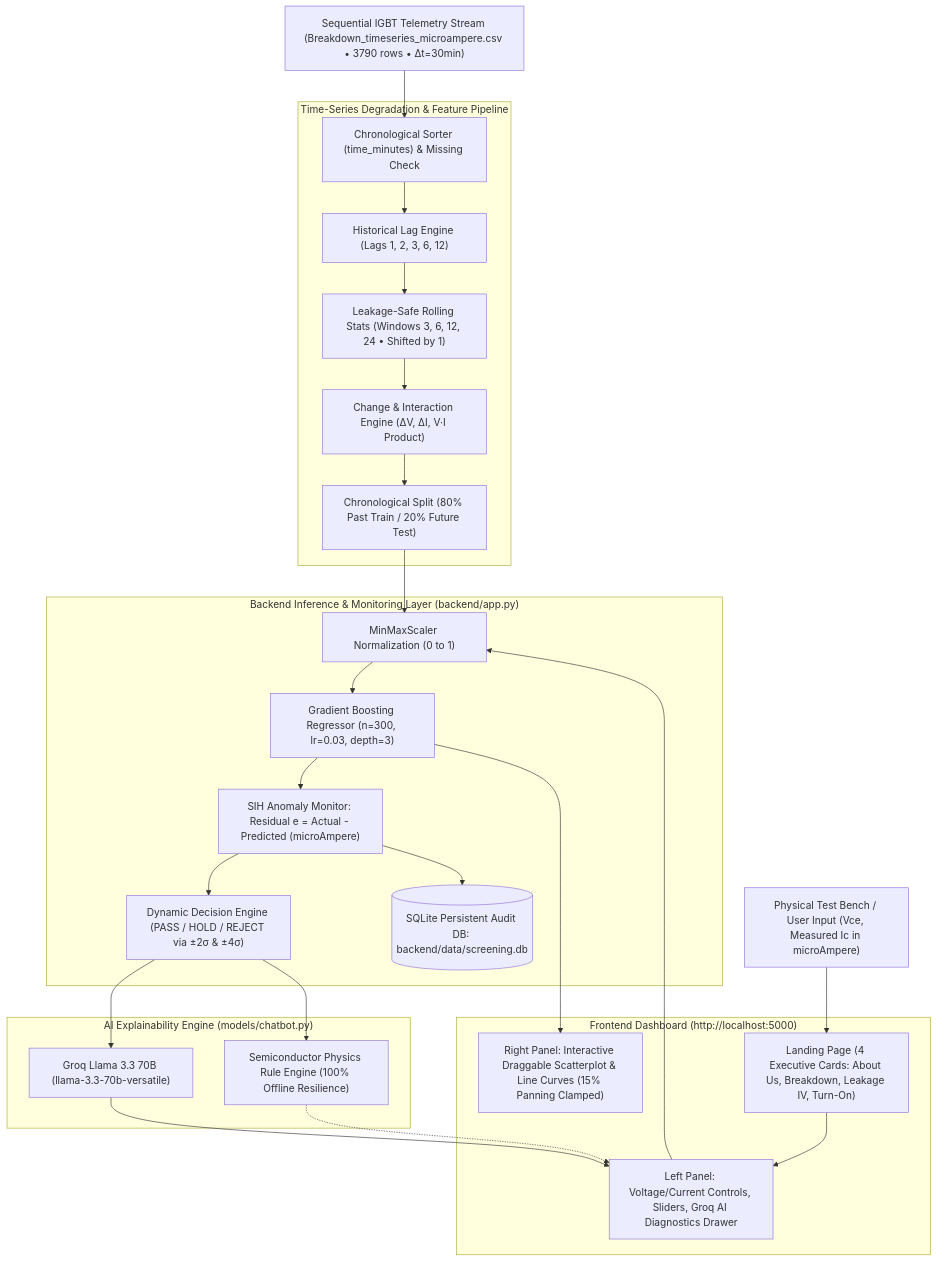
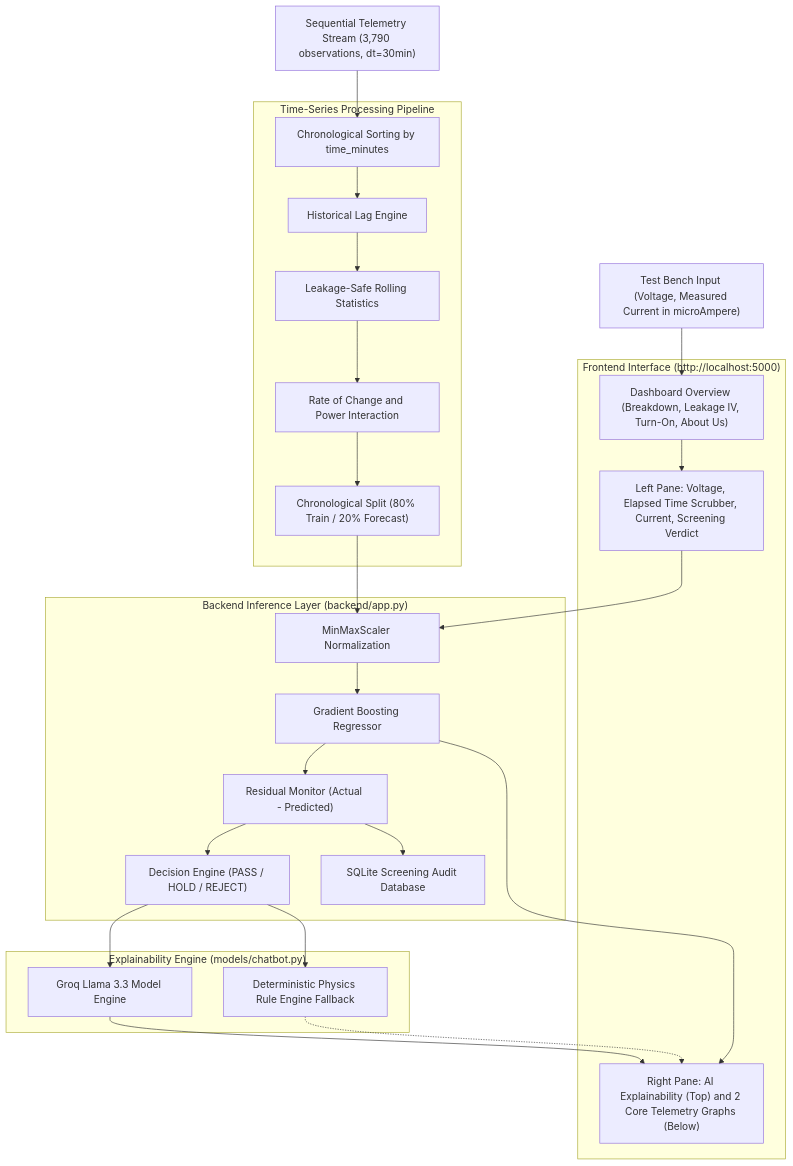
The diagram in README.md (samarthhhb/drishti_sih2026), drawn with Mermaid before and after one commit. The commit also changed other lines of this file and 23 other files, not shown here.

Commit message:
Added timeseries and changed the model pages for timeseries

````diff
--- a/README.md
+++ b/README.md
@@ -54,40 +57,40 @@
 ```mermaid
 flowchart TD
-    SensorStream["Sequential IGBT Telemetry Stream (Breakdown_timeseries_microampere.csv • 3790 rows • Δt=30min)"]
-    User["Physical Test Bench / User Input (Vce, Measured Ic in microAmpere)"]
+    SensorStream["Sequential Telemetry Stream (3,790 observations, dt=30min)"]
+    User["Test Bench Input (Voltage, Measured Current in microAmpere)"]
 
-    subgraph TimeSeriesPipeline ["Time-Series Degradation & Feature Pipeline"]
-        ChronoSort["Chronological Sorter (time_minutes) & Missing Check"]
-        LagEngine["Historical Lag Engine (Lags 1, 2, 3, 6, 12)"]
-        RollEngine["Leakage-Safe Rolling Stats (Windows 3, 6, 12, 24 • Shifted by 1)"]
-        DeltaEngine["Change & Interaction Engine (ΔV, ΔI, V·I Product)"]
-        ChronoSplit["Chronological Split (80% Past Train / 20% Future Test)"]
+    subgraph TimeSeriesPipeline ["Time-Series Processing Pipeline"]
+        ChronoSort["Chronological Sorting by time_minutes"]
+        LagEngine["Historical Lag Engine"]
+        RollEngine["Leakage-Safe Rolling Statistics"]
+        DeltaEngine["Rate of Change and Power Interaction"]
+        ChronoSplit["Chronological Split (80% Train / 20% Forecast)"]
     end
 
-    subgraph InferenceBackend ["Backend Inference & Monitoring Layer (backend/app.py)"]
-        Scaler["MinMaxScaler Normalization (0 to 1)"]
-        GBRModel["Gradient Boosting Regressor (n=300, lr=0.03, depth=3)"]
-        ResidualMonitor["SIH Anomaly Monitor: Residual e = Actual - Predicted (microAmpere)"]
-        RiskClassifier["Dynamic Decision Engine (PASS / HOLD / REJECT via ±2σ & ±4σ)"]
-        DB[(SQLite Persistent Audit DB: backend/data/screening.db)]
+    subgraph InferenceBackend ["Backend Inference Layer (backend/app.py)"]
+        Scaler["MinMaxScaler Normalization"]
+        GBRModel["Gradient Boosting Regressor"]
+        ResidualMonitor["Residual Monitor (Actual - Predicted)"]
+        RiskClassifier["Decision Engine (PASS / HOLD / REJECT)"]
+        DB["SQLite Screening Audit Database"]
     end
 
-    subgraph Frontend ["Frontend Dashboard (http://localhost:5000)"]
-        Landing["Landing Page (4 Executive Cards: About Us, Breakdown, Leakage IV, Turn-On)"]
-        SplitLeft["Left Panel: Voltage/Current Controls, Sliders, Groq AI Diagnostics Drawer"]
-        SplitRight["Right Panel: Interactive Draggable Scatterplot & Line Curves (15% Panning Clamped)"]
+    subgraph Frontend ["Frontend Interface (http://localhost:5000)"]
+        Landing["Dashboard Overview (Breakdown, Leakage IV, Turn-On, About Us)"]
+        LeftPane["Left Pane: Voltage, Elapsed Time Scrubber, Current, Screening Verdict"]
+        RightPane["Right Pane: AI Explainability (Top) and 2 Core Telemetry Graphs (Below)"]
     end
 
-    subgraph AI ["AI Explainability Engine (models/chatbot.py)"]
-        Groq["Groq Llama 3.3 70B (llama-3.3-70b-versatile)"]
-        Fallback["Semiconductor Physics Rule Engine (100% Offline Resilience)"]
+    subgraph AI ["Explainability Engine (models/chatbot.py)"]
+        Groq["Groq Llama 3.3 Model Engine"]
+        Fallback["Deterministic Physics Rule Engine Fallback"]
     end
 
     SensorStream --> ChronoSort --> LagEngine --> RollEngine --> DeltaEngine --> ChronoSplit --> Scaler
-    User --> Landing --> SplitLeft
-    SplitLeft --> Scaler --> GBRModel --> ResidualMonitor --> RiskClassifier
+    User --> Landing --> LeftPane
+    LeftPane --> Scaler --> GBRModel --> ResidualMonitor --> RiskClassifier
     ResidualMonitor --> DB
-    RiskClassifier --> Groq --> SplitLeft
-    RiskClassifier --> Fallback -.-> SplitLeft
-    GBRModel --> SplitRight
+    RiskClassifier --> Groq --> RightPane
+    RiskClassifier --> Fallback -.-> RightPane
+    GBRModel --> RightPane
 ```
````
